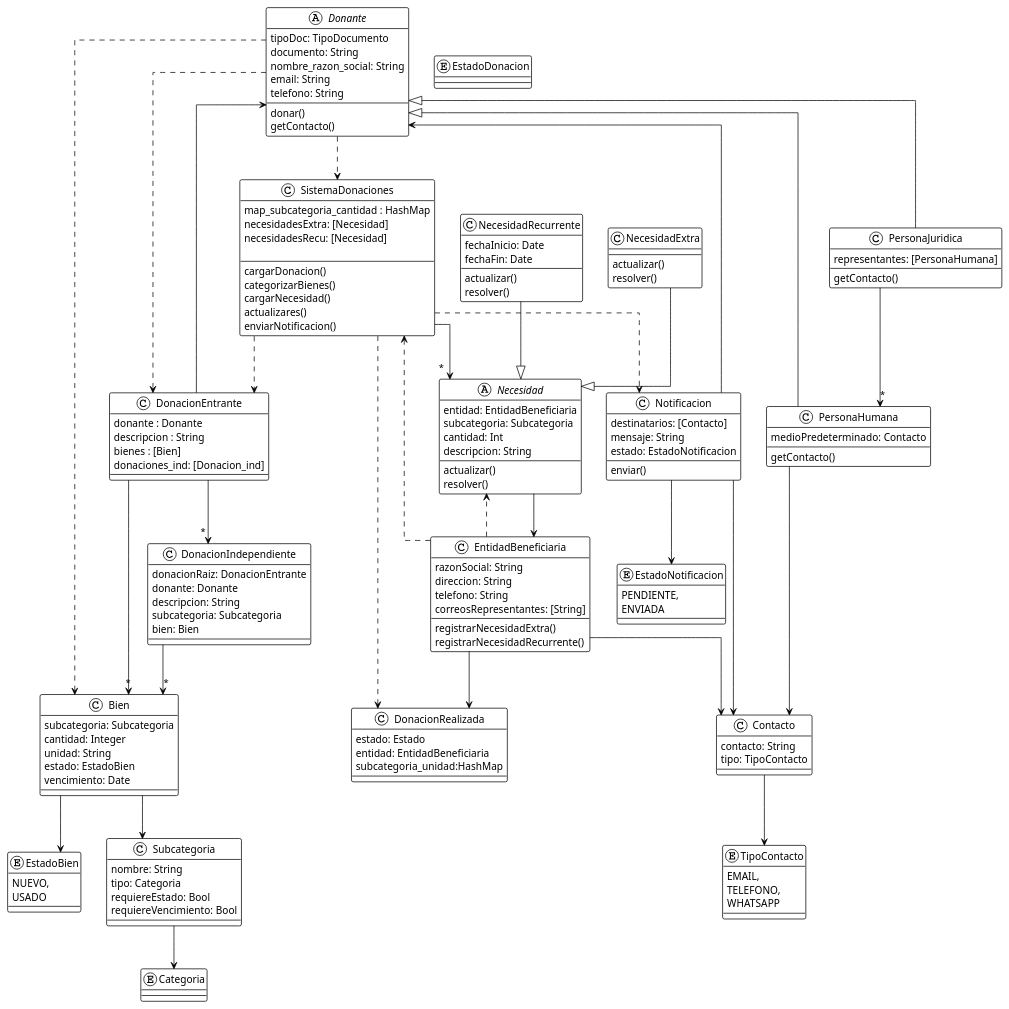
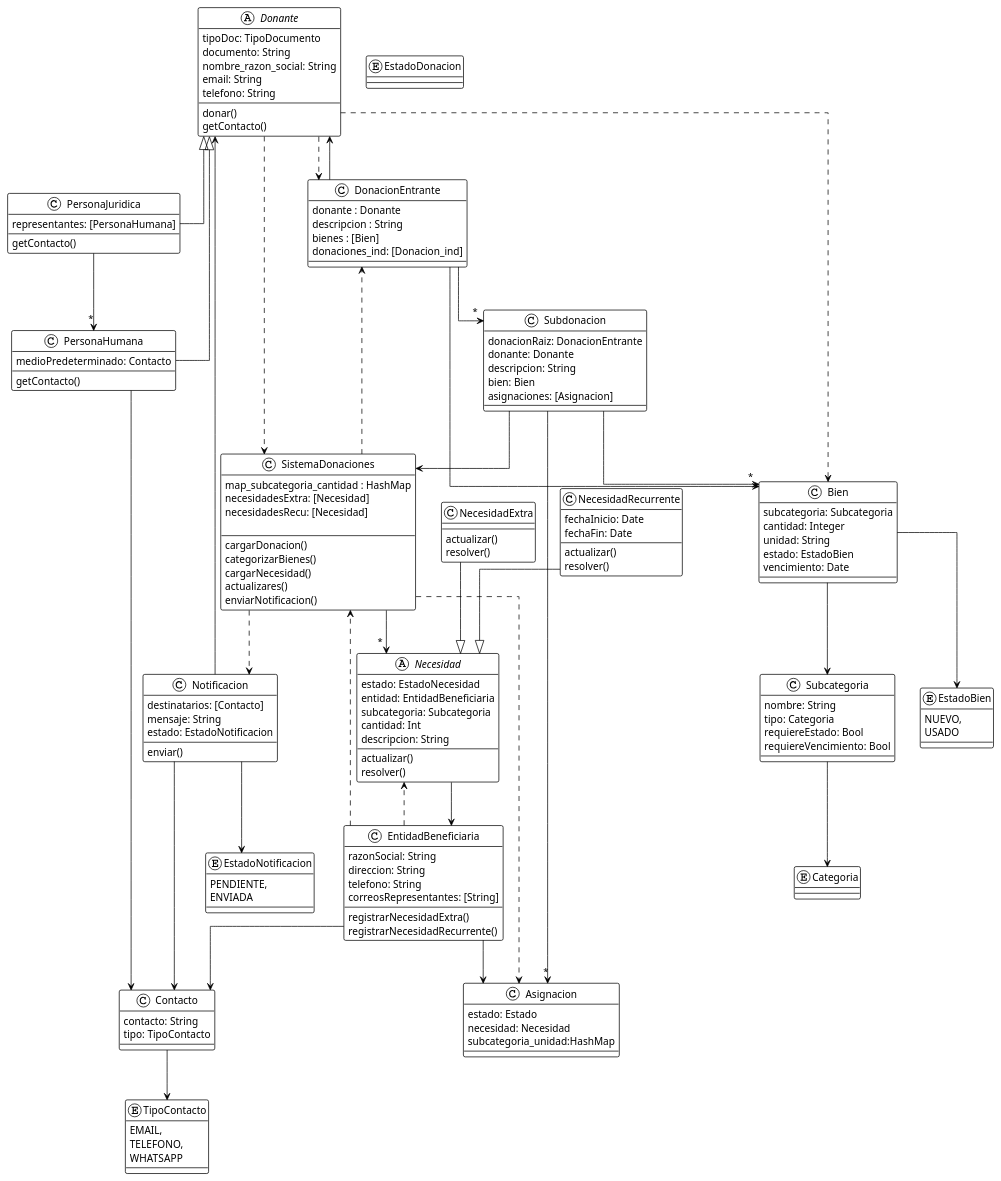
The diagram in diagrama_clases.puml (santiparis/dona-track), drawn with PlantUML before and after one commit. The commit also changed 3 other files, not shown here.

```diff
--- a/diagrama_clases.puml
+++ b/diagrama_clases.puml
@@ -1,191 +1,196 @@
 @startuml
 !theme plain
 
 skinparam linetype ortho
 
 abstract class Donante{
     tipoDoc: TipoDocumento
     documento: String
     nombre_razon_social: String
     email: String
     telefono: String
     --
     donar()
     getContacto()
 }
 
 class PersonaHumana{
     medioPredeterminado: Contacto
     --
     getContacto()
 }
 
 class PersonaJuridica{
     representantes: [PersonaHumana]
     --
     getContacto()
 }
 
 class Contacto{
     contacto: String
     tipo: TipoContacto
     --
 }
 
 class EntidadBeneficiaria{
     razonSocial: String
     direccion: String
     telefono: String
     correosRepresentantes: [String]
     --
     registrarNecesidadExtra()
     registrarNecesidadRecurrente()
 }
 
 abstract class Necesidad{
+    estado: EstadoNecesidad
     entidad: EntidadBeneficiaria
     subcategoria: Subcategoria
     cantidad: Int
     descripcion: String
     --
     actualizar()
     resolver()
 }
 
 class NecesidadExtra{
     --
     actualizar()
     resolver()
 }
 
 class NecesidadRecurrente{
     fechaInicio: Date
     fechaFin: Date
     --
     actualizar()
     resolver()
 }
 
 class Notificacion{
     destinatarios: [Contacto]
     mensaje: String
     estado: EstadoNotificacion
     --
     enviar()
 }
 
 enum EstadoNotificacion{
     PENDIENTE,
     ENVIADA
 }
 
 'DonacionEntrante del donante
 class DonacionEntrante{
     donante : Donante
     descripcion : String
     bienes : [Bien]
     donaciones_ind: [Donacion_ind]
 }
 
 'Fragentacion de la donacionEntrante
-class DonacionIndependiente{
+class Subdonacion{
     donacionRaiz: DonacionEntrante
     donante: Donante
     descripcion: String
-    subcategoria: Subcategoria
     bien: Bien
+    asignaciones: [Asignacion]
     --
 }
 
 'DonacionEntrante hacia entidades
-class DonacionRealizada{
+class Asignacion{
     estado: Estado
-    entidad: EntidadBeneficiaria
+    necesidad: Necesidad
     subcategoria_unidad:HashMap
 }
 
 enum EstadoDonacion
 
 
 enum TipoContacto{
     EMAIL,
     TELEFONO,
     WHATSAPP
 }
 
 class Subcategoria{
     nombre: String
     tipo: Categoria
     requiereEstado: Bool
     requiereVencimiento: Bool
 }
 
 class Bien{
     subcategoria: Subcategoria
     cantidad: Integer
     unidad: String
     estado: EstadoBien
     vencimiento: Date
 }
 
 enum EstadoBien{
     NUEVO,
     USADO
 }
 
 enum Categoria
 
 
 class SistemaDonaciones{
     map_subcategoria_cantidad : HashMap
     necesidadesExtra: [Necesidad]
     necesidadesRecu: [Necesidad]
 
     --
     cargarDonacion()
     categorizarBienes()
     cargarNecesidad()
     actualizares()
     enviarNotificacion()
 }
 
 
 Donante <|-- PersonaJuridica
 Donante <|-- PersonaHumana
 Donante ..> SistemaDonaciones
 Donante ..> DonacionEntrante
 Donante ..> Bien
 PersonaHumana --> Contacto
 Donante <-- DonacionEntrante
 PersonaJuridica --> "*" PersonaHumana
 
 Subcategoria --> Categoria
 Bien --> Subcategoria
 Bien --> EstadoBien
 
 
 DonacionEntrante --> "*" Bien
-DonacionEntrante --> "*" DonacionIndependiente
+DonacionEntrante --> "*" Subdonacion
 
-DonacionIndependiente --> "*" Bien
+
 
 SistemaDonaciones ..> DonacionEntrante
 SistemaDonaciones --> "*" Necesidad
 SistemaDonaciones ..> Notificacion
-SistemaDonaciones ..> DonacionRealizada
+SistemaDonaciones ..> Asignacion
+
+Subdonacion --> Bien
+Subdonacion --> SistemaDonaciones
+Subdonacion --> "*"Asignacion
 
 EntidadBeneficiaria ..> SistemaDonaciones
 EntidadBeneficiaria ..> Necesidad
 EntidadBeneficiaria --> Contacto
-EntidadBeneficiaria --> DonacionRealizada
+EntidadBeneficiaria --> Asignacion
 
 NecesidadExtra --|> Necesidad
 NecesidadRecurrente --|> Necesidad
 Necesidad --> EntidadBeneficiaria
 
 Notificacion --> Donante
 Notificacion --> EstadoNotificacion
 Notificacion --> Contacto
 Contacto --> TipoContacto
 
 @enduml
```
